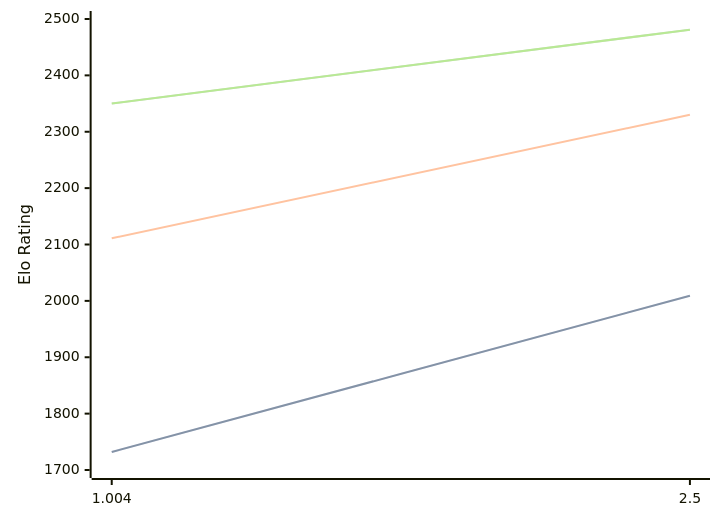
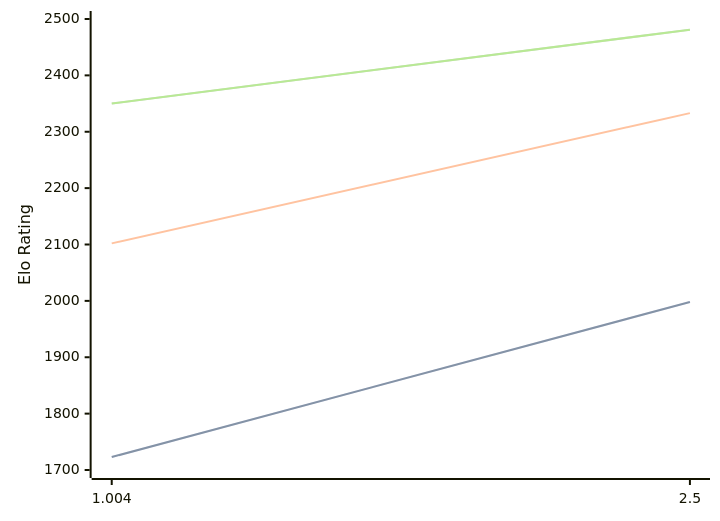
The diagram in engines/Ares.md (computer-chess-index/cci), drawn with Mermaid before and after one commit. The commit also changed other lines of this file, not shown here.

````diff
--- a/engines/Ares.md
+++ b/engines/Ares.md
@@ -30,11 +32,11 @@
 ```mermaid
 %%{init: {"theme":"base","themeVariables":{"seriesColors:['#a3a3a3','#222221','#faa371']}}}%%
 xychart-beta
   x-axis ["1.004", "2.5"]
   y-axis "Elo Rating" 1700 --> 2500
-  line "STC (8.0+0.08s)" [1732, 2009]
-  line "STC (8.0+0.08s)" [1732, 2009]
-  line "LTC (60.0+0.60s)" [2111, 2330]
+  line "STC (8.0+0.08s)" [1723, 1998]
+  line "STC (8.0+0.08s)" [1723, 1998]
+  line "LTC (60.0+0.60s)" [2102, 2333]
   line "VLTC (2m24s+1.12s)" [2350, 2481]
   line "VLTC (2m24s+1.12s)" [2350, 2481]
 ```
````
